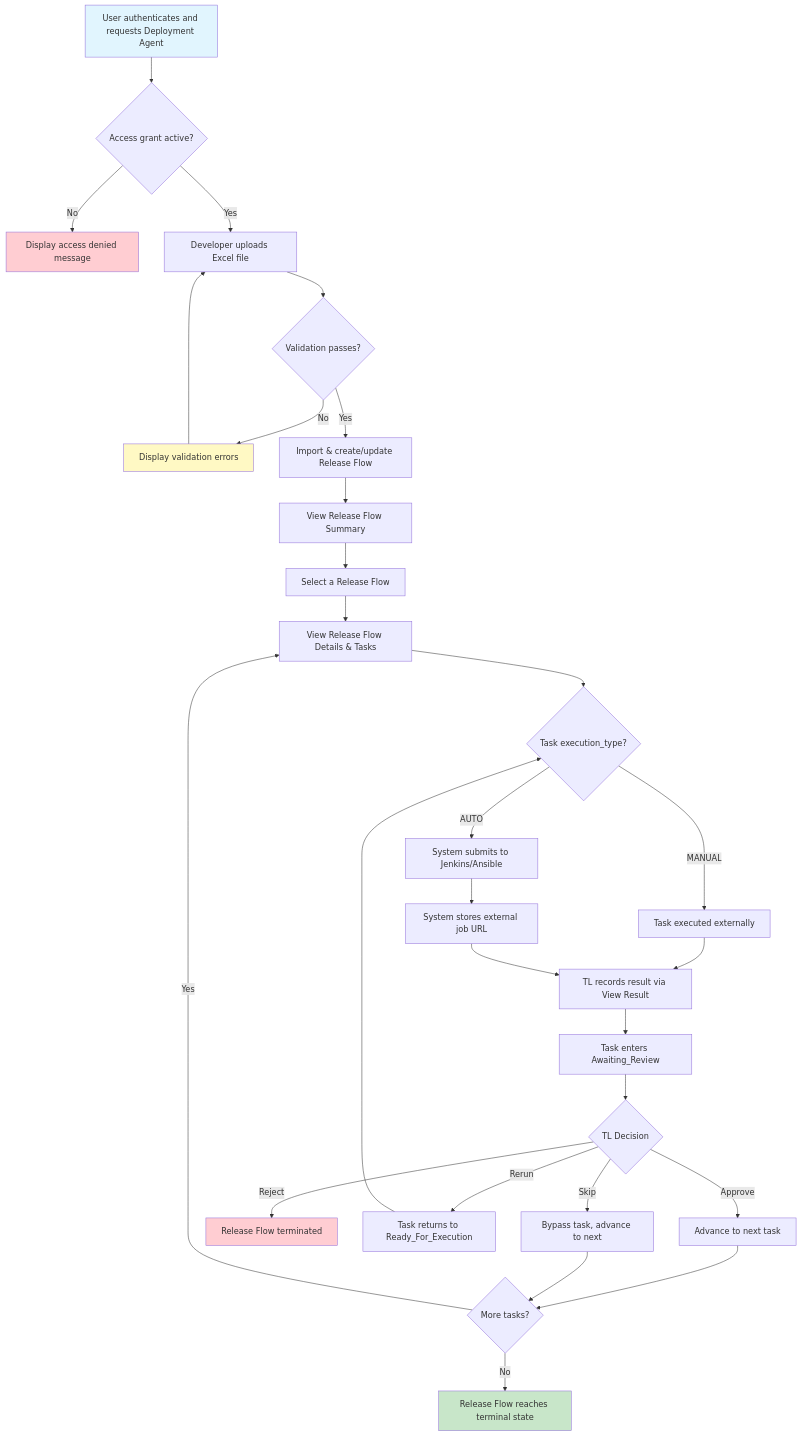
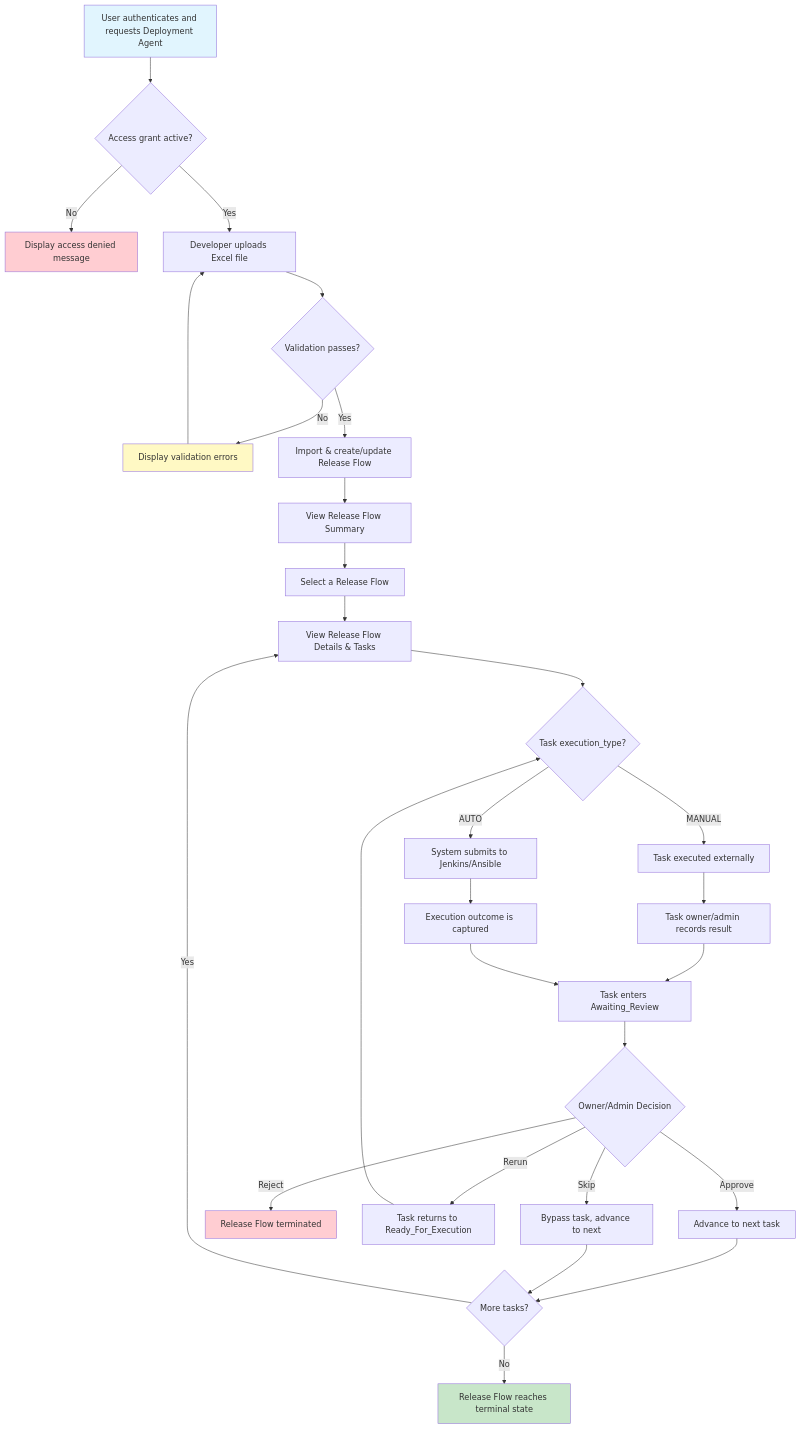
One commit to wwa-lab/deployment-agent changed the diagram in docs/03-spec/spec.md. Above: the diagram before and after it, drawn with Mermaid. The commit also changed other lines of this file and 11 other files, not shown here.

````diff
--- a/docs/03-spec/spec.md
+++ b/docs/03-spec/spec.md
@@ -410,39 +423,39 @@
 ```mermaid
 flowchart TD
     A[User authenticates and requests Deployment Agent] --> A1{Access grant active?}
     A1 -- No --> A2[Display access denied message]
     A1 -- Yes --> B[Developer uploads Excel file]
     B --> C{Validation passes?}
     C -- No --> D[Display validation errors]
     D --> B
     C -- Yes --> E[Import & create/update Release Flow]
     E --> F[View Release Flow Summary]
     F --> G[Select a Release Flow]
     G --> H[View Release Flow Details & Tasks]
     H --> I{Task execution_type?}
 
     I -- MANUAL --> J[Task executed externally]
-    J --> K[TL records result via View Result]
+    J --> K[Task owner/admin records result]
     I -- AUTO --> L[System submits to Jenkins/Ansible]
-    L --> M[System stores external job URL]
-    M --> K
+    L --> M[Execution outcome is captured]
 
     K --> N[Task enters Awaiting_Review]
-    N --> O{TL Decision}
+    M --> N
+    N --> O{Owner/Admin Decision}
     O -- Approve --> P[Advance to next task]
     O -- Reject --> Q[Release Flow terminated]
     O -- Rerun --> R[Task returns to Ready_For_Execution]
     R --> I
     O -- Skip --> S[Bypass task, advance to next]
 
     P --> T{More tasks?}
     S --> T
     T -- Yes --> H
     T -- No --> U[Release Flow reaches terminal state]
 
     style A fill:#e1f5fe
     style A2 fill:#ffcdd2
     style U fill:#c8e6c9
     style Q fill:#ffcdd2
     style D fill:#fff9c4
 ```
````
